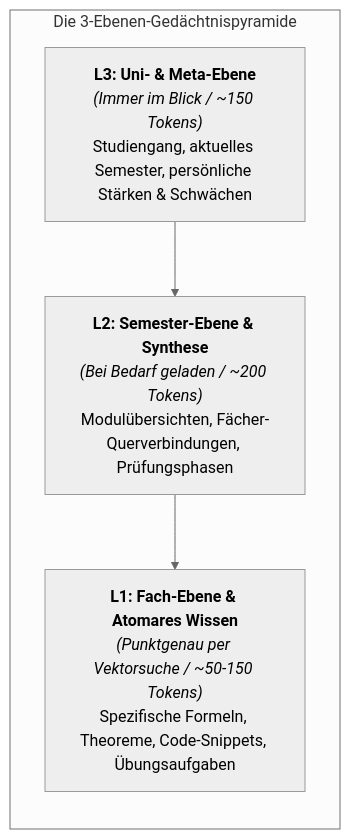
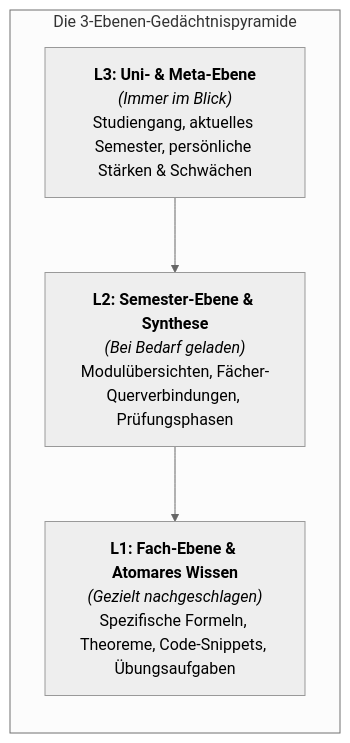
Before and after one commit to OpenLearnBrain/LearnBrain: the first of 3 diagrams in README.md, drawn with Mermaid (neutral theme). The commit also changed other lines of this file, not shown here.

````diff
--- a/README.md
+++ b/README.md
@@ -33,12 +43,12 @@
 ```mermaid
 flowchart TD
     subgraph Pyramid ["Die 3-Ebenen-Gedächtnispyramide"]
         direction TB
-        L3["<b>L3: Uni- & Meta-Ebene</b><br/><i>(Immer im Blick / ~150 Tokens)</i><br/>Studiengang, aktuelles Semester, persönliche Stärken & Schwächen"]
-        L2["<b>L2: Semester-Ebene & Synthese</b><br/><i>(Bei Bedarf geladen / ~200 Tokens)</i><br/>Modulübersichten, Fächer-Querverbindungen, Prüfungsphasen"]
-        L1["<b>L1: Fach-Ebene & Atomares Wissen</b><br/><i>(Punktgenau per Vektorsuche / ~50-150 Tokens)</i><br/>Spezifische Formeln, Theoreme, Code-Snippets, Übungsaufgaben"]
+        L3["<b>L3: Uni- & Meta-Ebene</b><br/><i>(Immer im Blick)</i><br/>Studiengang, aktuelles Semester, persönliche Stärken & Schwächen"]
+        L2["<b>L2: Semester-Ebene & Synthese</b><br/><i>(Bei Bedarf geladen)</i><br/>Modulübersichten, Fächer-Querverbindungen, Prüfungsphasen"]
+        L1["<b>L1: Fach-Ebene & Atomares Wissen</b><br/><i>(Gezielt nachgeschlagen)</i><br/>Spezifische Formeln, Theoreme, Code-Snippets, Übungsaufgaben"]
         
         L3 --> L2
         L2 --> L1
     end
 ```
````
